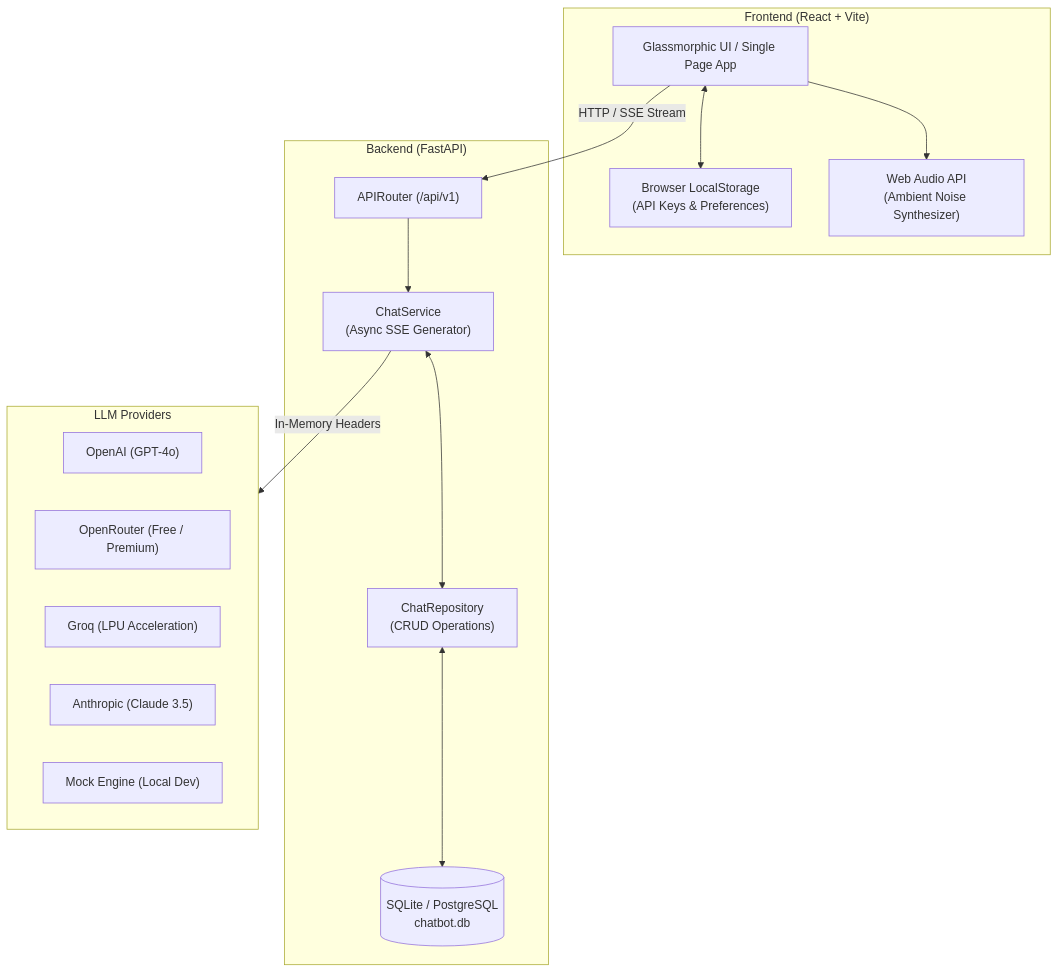
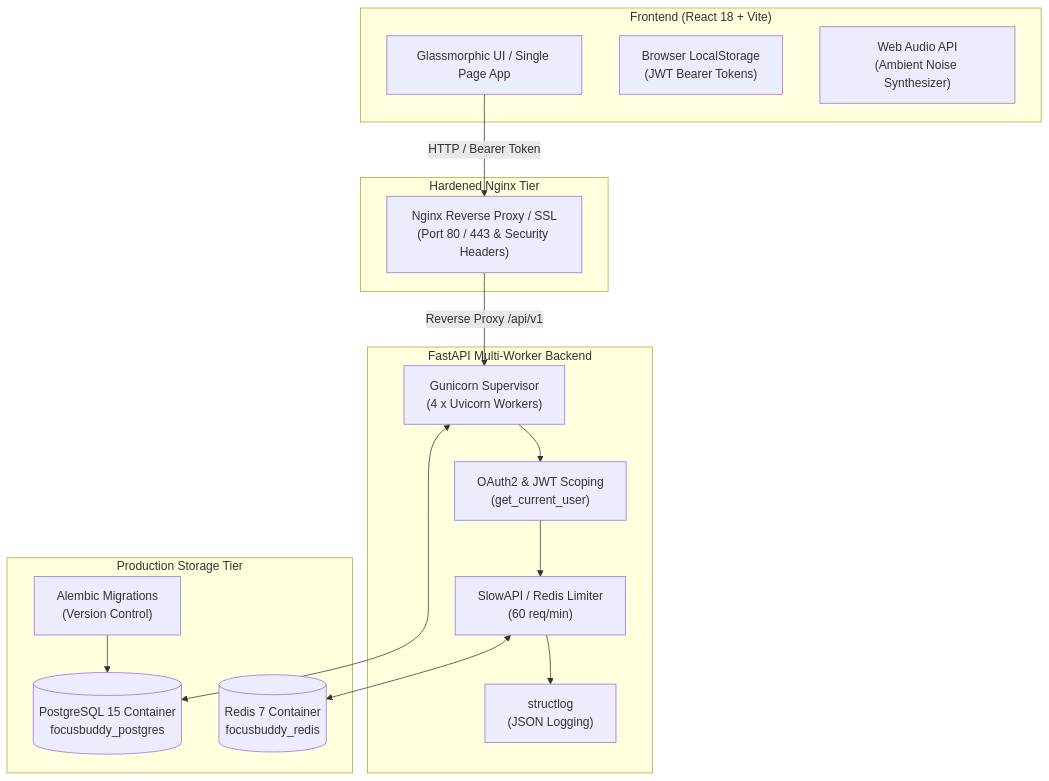
Before and after one commit to sagarsambhwani/Immersed: the diagram in README.md, drawn with Mermaid. The commit also changed other lines of this file, not shown here.

Commit message:
docs: update README.md with production architecture, features, tech stack, and documentation links

````diff
--- a/README.md
+++ b/README.md
@@ -16,31 +16,34 @@
 ```mermaid
 flowchart TD
-    subgraph Client["Frontend (React + Vite)"]
+    subgraph Client["Frontend (React 18 + Vite)"]
         UI["Glassmorphic UI / Single Page App"]
-        LS["Browser LocalStorage\n(API Keys & Preferences)"]
+        LS["Browser LocalStorage\n(JWT Bearer Tokens)"]
         WA["Web Audio API\n(Ambient Noise Synthesizer)"]
     end
 
-    subgraph Server["Backend (FastAPI)"]
-        Router["APIRouter (/api/v1)"]
-        CS["ChatService\n(Async SSE Generator)"]
-        Repo["ChatRepository\n(CRUD Operations)"]
-        DB[(SQLite / PostgreSQL\nchatbot.db)]
+    subgraph WebTier["Hardened Nginx Tier"]
+        Nginx["Nginx Reverse Proxy / SSL\n(Port 80 / 443 & Security Headers)"]
     end
 
-    subgraph External["LLM Providers"]
-        OpenAI["OpenAI (GPT-4o)"]
-        OpenRouter["OpenRouter (Free / Premium)"]
-        Groq["Groq (LPU Acceleration)"]
-        Anthropic["Anthropic (Claude 3.5)"]
-        Mock["Mock Engine (Local Dev)"]
+    subgraph AppTier["FastAPI Multi-Worker Backend"]
+        Gunicorn["Gunicorn Supervisor\n(4 x Uvicorn Workers)"]
+        AuthMiddleware["OAuth2 & JWT Scoping\n(get_current_user)"]
+        RateLimiter["SlowAPI / Redis Limiter\n(60 req/min)"]
+        Structlog["structlog\n(JSON Logging)"]
     end
 
-    UI -->|HTTP / SSE Stream| Router
-    UI <--> LS
-    UI --> WA
-    Router --> CS
-    CS <--> Repo
-    Repo <--> DB
-    CS -->|In-Memory Headers| External
+    subgraph DataTier["Production Storage Tier"]
+        PG[(PostgreSQL 15 Container\nfocusbuddy_postgres)]
+        Redis[(Redis 7 Container\nfocusbuddy_redis)]
+        Alembic["Alembic Migrations\n(Version Control)"]
+    end
+
+    UI -->|HTTP / Bearer Token| Nginx
+    Nginx -->|Reverse Proxy /api/v1| Gunicorn
+    Gunicorn --> AuthMiddleware
+    AuthMiddleware --> RateLimiter
+    RateLimiter <--> Redis
+    RateLimiter --> Structlog
+    Gunicorn <--> PG
+    Alembic --> PG
 ```
````
